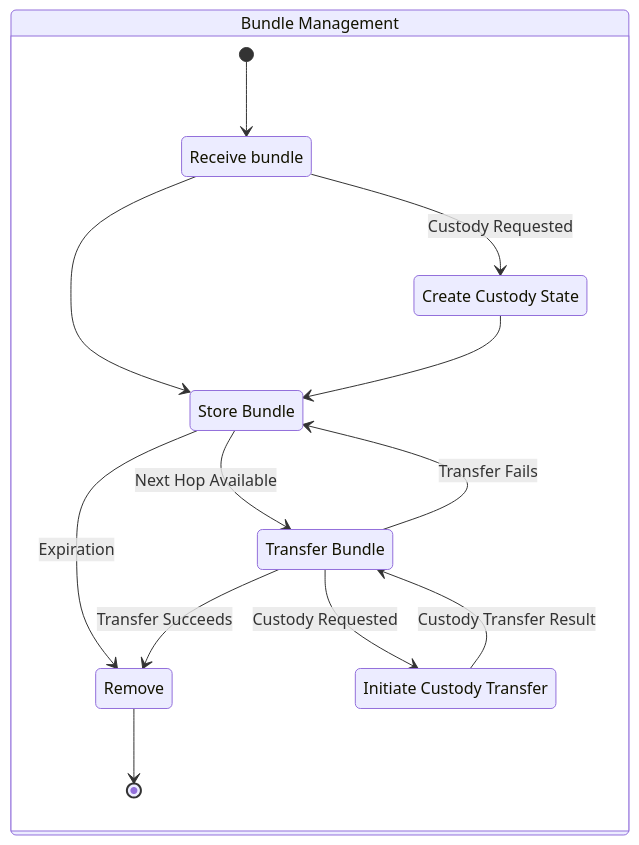
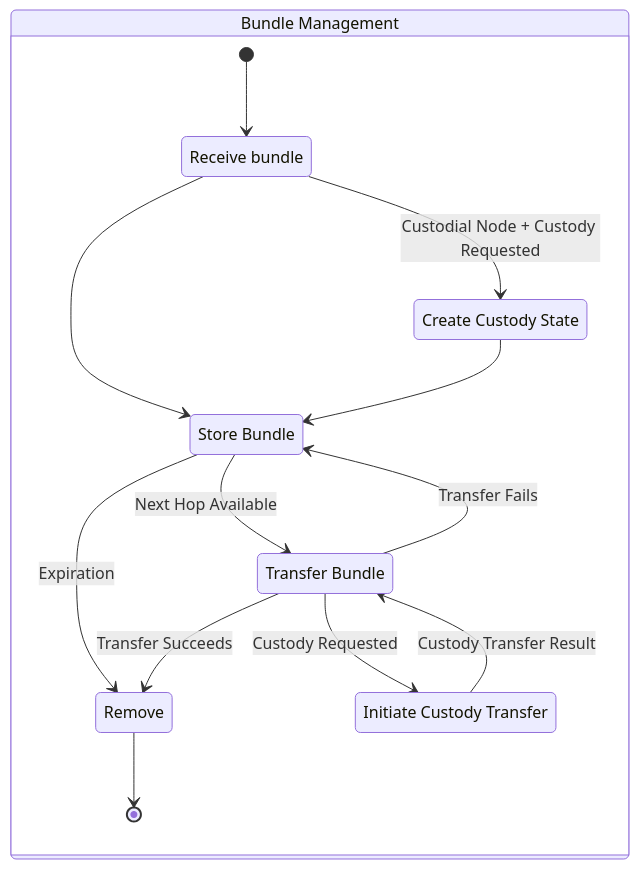
Before and after one commit to B13rg/B13rg.github.io: the diagram in _drafts/RFC-4838-review.md, drawn with Mermaid. The commit also changed other lines of this file, not shown here.

````diff
--- a/_drafts/RFC-4838-review.md
+++ b/_drafts/RFC-4838-review.md
@@ -385,26 +393,26 @@
 ```mermaid
 stateDiagram-v2
   direction TB
 
   state BundleM {
     R : Receive bundle
     S : Store Bundle
     I : Initiate Custody Transfer
     Rm : Remove
     C : Create Custody State
     L : Transfer Bundle
 
     [*] --> R
     R --> S
-    R --> C : Custody Requested
+    R --> C : Custodial Node + Custody Requested
     C --> S
     S --> Rm : Expiration
     S --> L : Next Hop Available
     L --> Rm : Transfer Succeeds
     L --> S : Transfer Fails
     L --> I : Custody Requested
     I --> L : Custody Transfer Result
     Rm --> [*]
   }
   BundleM: Bundle Management
 ```
````
